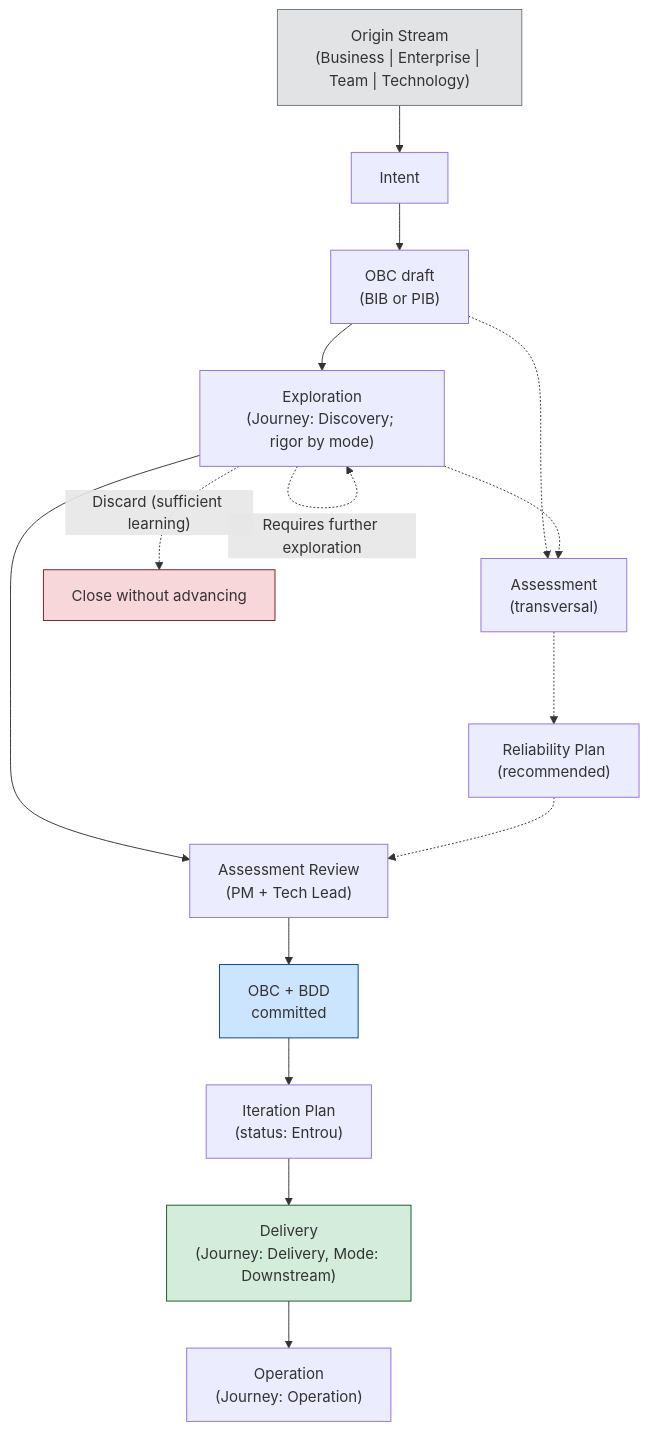
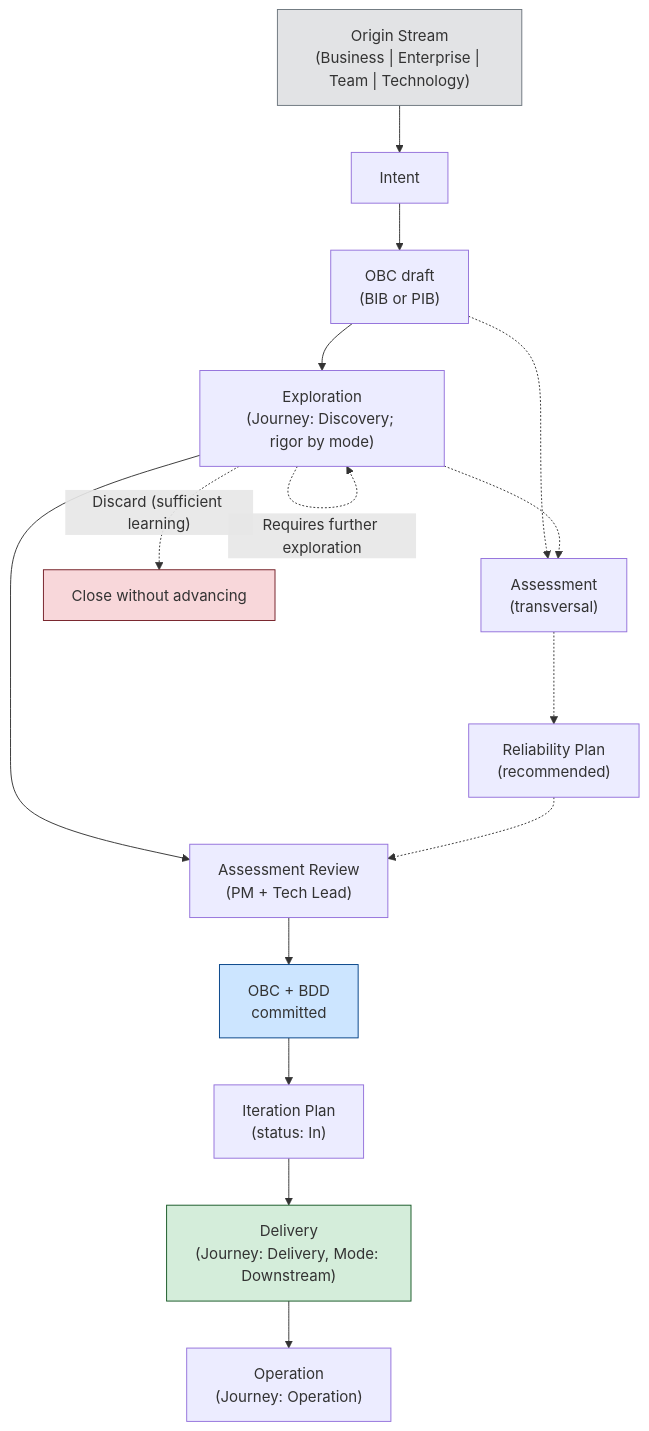
One commit to produtoreativo/payments-api changed the diagram in prodops/framework/flow.en.md. Above: the diagram before and after it, drawn with Mermaid. The commit also changed other lines of this file and 17 other files, not shown here.

````diff
--- a/prodops/framework/flow.en.md
+++ b/prodops/framework/flow.en.md
@@ -19,35 +19,35 @@
 ```mermaid
 flowchart TD
     OS["Origin Stream\n(Business | Enterprise | Team | Technology)"]
     I["Intent"]
     DRAFT["OBC draft\n(BIB or PIB)"]
     EX["Exploration\n(Journey: Discovery; rigor by mode)"]
     AS["Assessment\n(transversal)"]
     RP["Reliability Plan\n(recommended)"]
     REV["Assessment Review\n(PM + Tech Lead)"]
     OBC["OBC + BDD\ncommitted"]
-    IP["Iteration Plan\n(status: Entrou)"]
+    IP["Iteration Plan\n(status: In)"]
     D["Delivery\n(Journey: Delivery, Mode: Downstream)"]
     OP["Operation\n(Journey: Operation)"]
 
     OS --> I
     I --> DRAFT
     DRAFT --> EX
     EX --> REV
     DRAFT -.-> AS
     EX -.-> AS
     AS -.-> RP
     RP -.-> REV
     REV --> OBC
     OBC --> IP
     IP --> D
     D --> OP
 
     EX -.->|"Discard (sufficient learning)"| X[Close without advancing]
     EX -.->|"Requires further exploration"| EX
 
     style OS fill:#e2e3e5,stroke:#6c757d
     style OBC fill:#cce5ff,stroke:#004085
     style D fill:#d4edda,stroke:#155724
     style X fill:#f8d7da,stroke:#721c24
 ```
````
